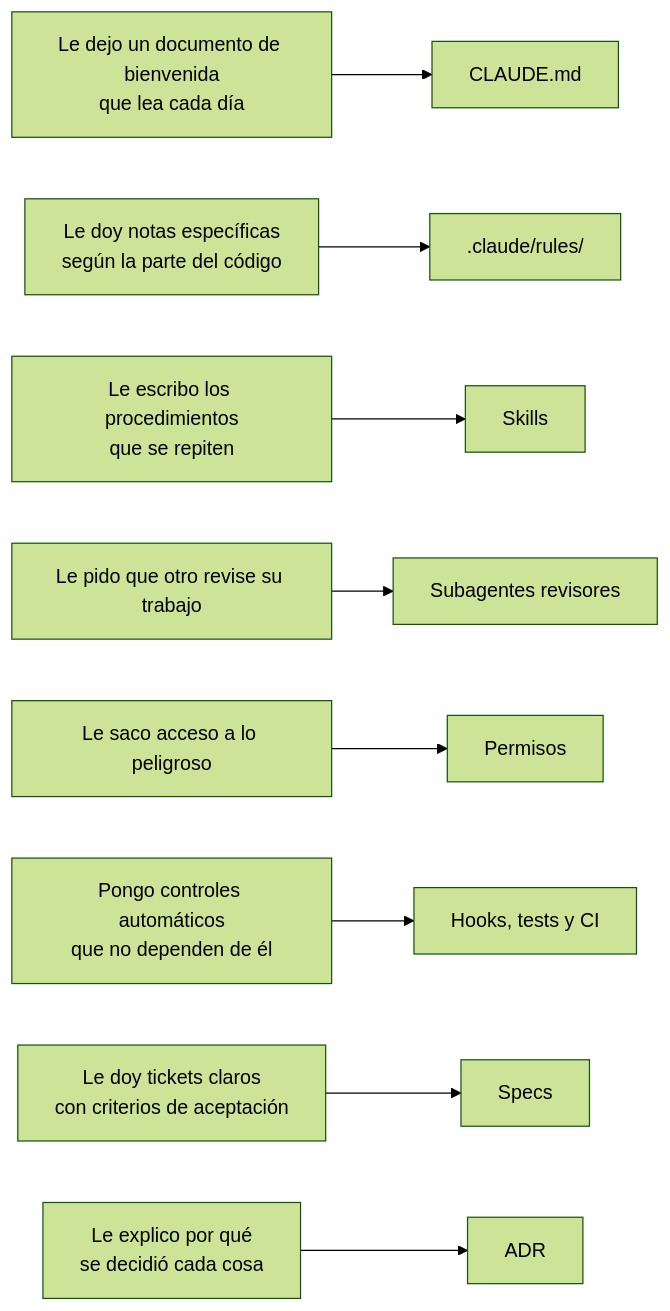
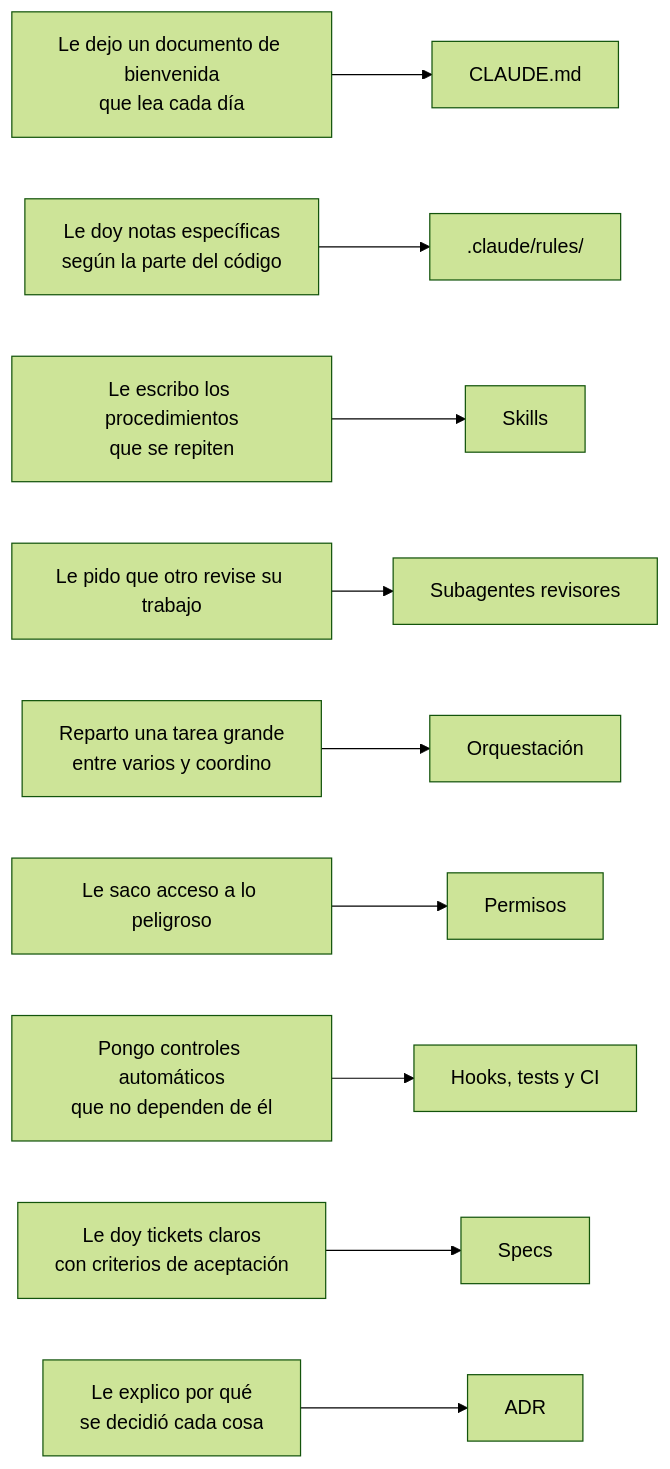
Before and after one commit to patricioprp/portfolio: the fifth of 5 diagrams in docs/guia-ia/01-de-chatear-a-un-agente.md, drawn with Mermaid (forest theme). The commit also changed other lines of this file and 118 other files, not shown here.

````diff
--- a/docs/guia-ia/01-de-chatear-a-un-agente.md
+++ b/docs/guia-ia/01-de-chatear-a-un-agente.md
@@ -156,12 +156,13 @@
 ```mermaid
 flowchart LR
     accTitle: Cada necesidad de un desarrollador nuevo y la pieza del repositorio que la resuelve
     Q1["Le dejo un documento de bienvenida<br/>que lea cada día"] --> R1["CLAUDE.md"]
     Q2["Le doy notas específicas<br/>según la parte del código"] --> R2[".claude/rules/"]
     Q3["Le escribo los procedimientos<br/>que se repiten"] --> R3["Skills"]
     Q4["Le pido que otro revise su trabajo"] --> R4["Subagentes revisores"]
+    Q9["Reparto una tarea grande<br/>entre varios y coordino"] --> R9["Orquestación"]
     Q5["Le saco acceso a lo peligroso"] --> R5["Permisos"]
     Q6["Pongo controles automáticos<br/>que no dependen de él"] --> R6["Hooks, tests y CI"]
     Q7["Le doy tickets claros<br/>con criterios de aceptación"] --> R7["Specs"]
     Q8["Le explico por qué<br/>se decidió cada cosa"] --> R8["ADR"]
 ```
````
